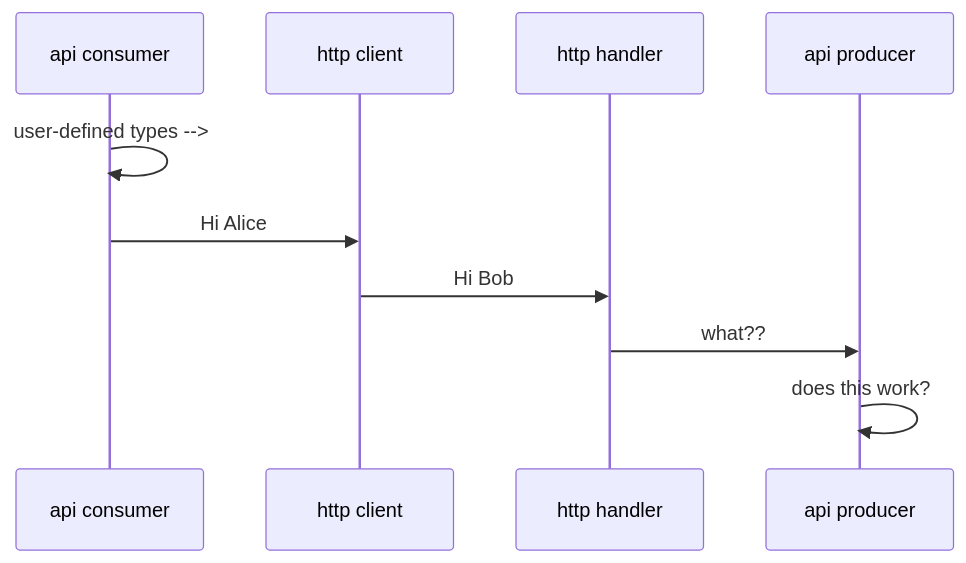
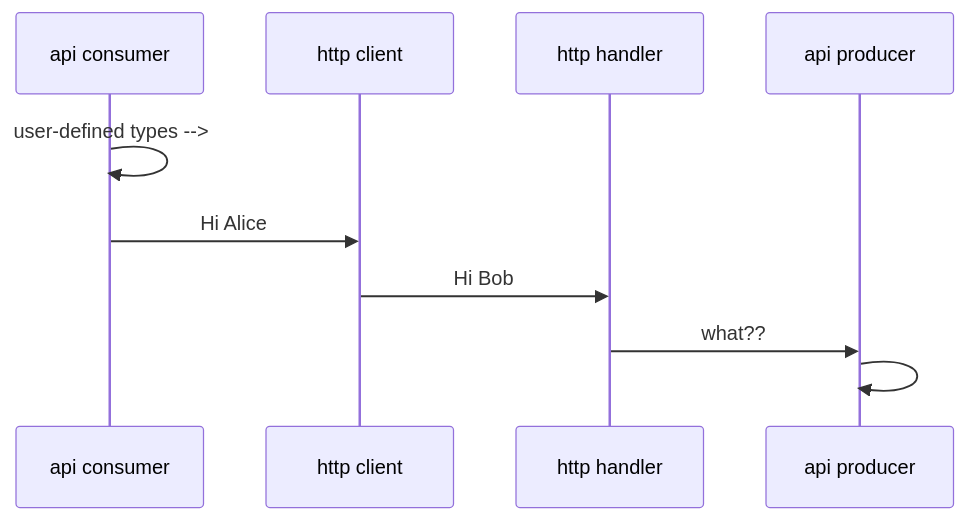
One commit to OData/odata.net changed the first of 2 diagrams in docs/architecture.md. Above: the diagram before and after it, drawn with Mermaid.

````diff
--- a/docs/architecture.md
+++ b/docs/architecture.md
@@ -221,12 +221,12 @@
 ```mermaid
 sequenceDiagram
     participant api consumer
     participant http client
     participant http handler
     participant api producer
     api consumer->>api consumer: user-defined types --> 
     api consumer->>http client: Hi Alice
     http client->>http handler: Hi Bob
     http handler->>api producer: what??
-    api producer->>api producer: does this work?
+    api producer->>api producer:
 ```
````
